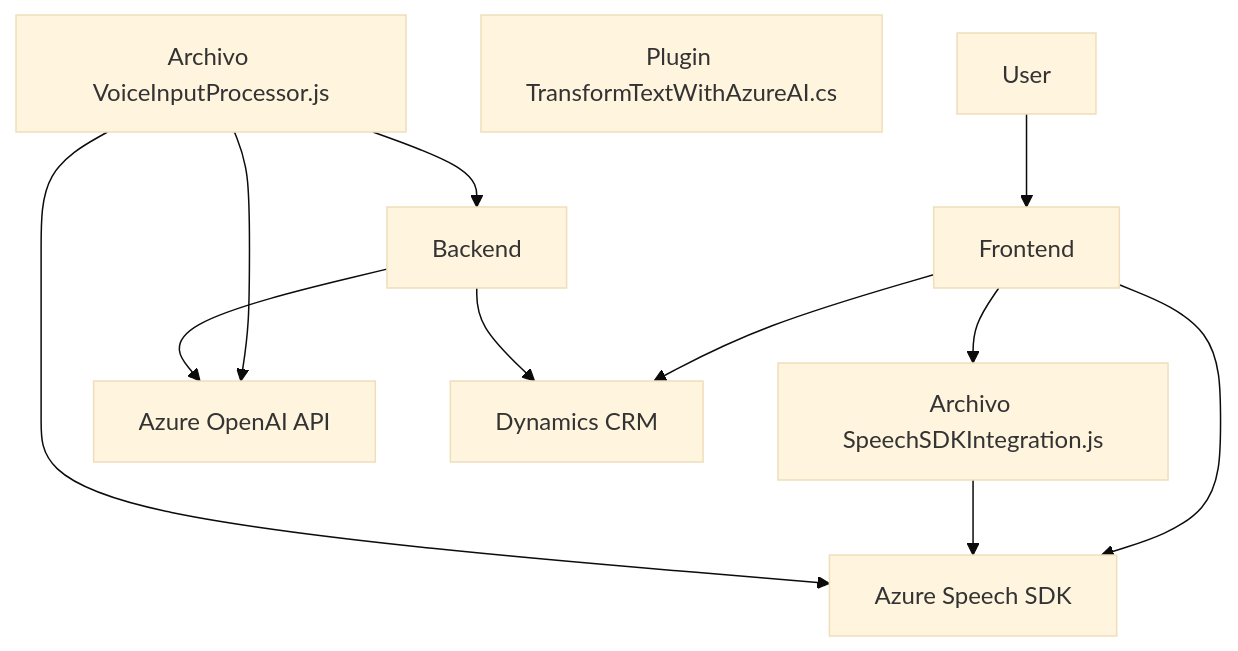
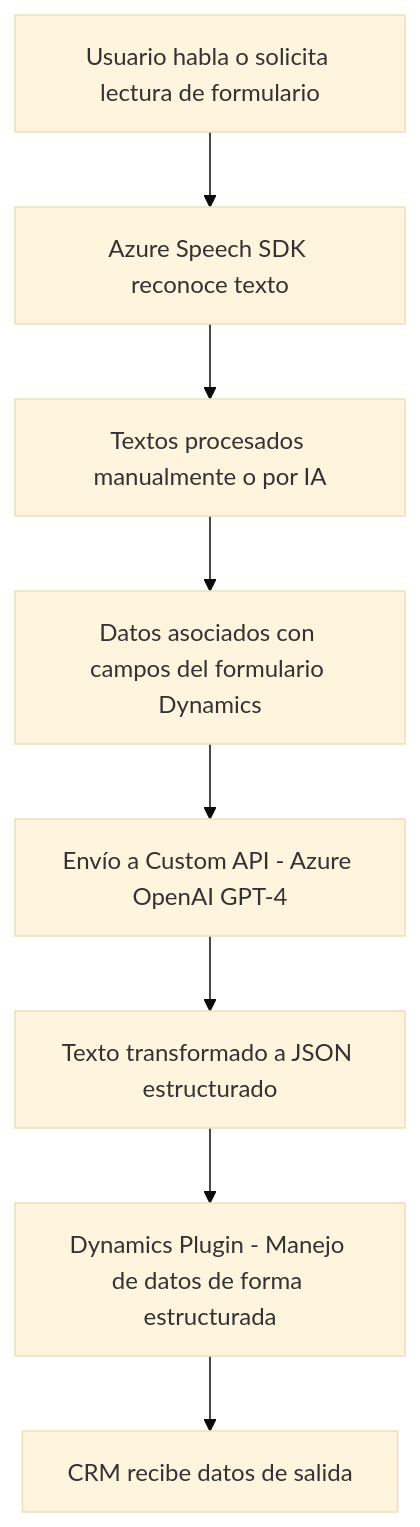
One commit to blopezdm/NETCORE_BILBAO2025 changed the diagram in README.md. Above: the diagram before and after it, drawn with Mermaid (base theme). The commit also changed other lines of this file, not shown here.

Commit message:
Actualizar análisis global de la solución con IA

````diff
--- a/README.md
+++ b/README.md
@@ -40,23 +58,10 @@
 ```mermaid
 graph TD
-    A["Frontend"]
-    B["Archivo SpeechSDKIntegration.js"]
-    C["Archivo VoiceInputProcessor.js"]
-    D["Backend"]
-    E["Plugin TransformTextWithAzureAI.cs"]
-    F["Azure OpenAI API"]
-    G["Azure Speech SDK"]
-    H["Dynamics CRM"]
-    I["User"]
-
-    I --> A
-    A --> B
-    A --> G
-    A --> H
-    B --> G
-    C --> G
-    C --> F
-    C --> D
-    D --> F
-    D --> H
+    Start["Usuario habla o solicita lectura de formulario"] --> SpeechInput["Azure Speech SDK reconoce texto"]
+    SpeechInput --> TextoProcesado["Textos procesados manualmente o por IA"]
+    TextoProcesado --> AsociarCampos["Datos asociados con campos del formulario Dynamics"]
+    AsociarCampos --> CustomAPI["Envío a Custom API - Azure OpenAI GPT-4"]
+    CustomAPI --> JSONOutput["Texto transformado a JSON estructurado"]
+    JSONOutput --> AplicacionPlugin["Dynamics Plugin - Manejo de datos de forma estructurada"]
+    AplicacionPlugin --> Storage["CRM recibe datos de salida"]
 ```
````
